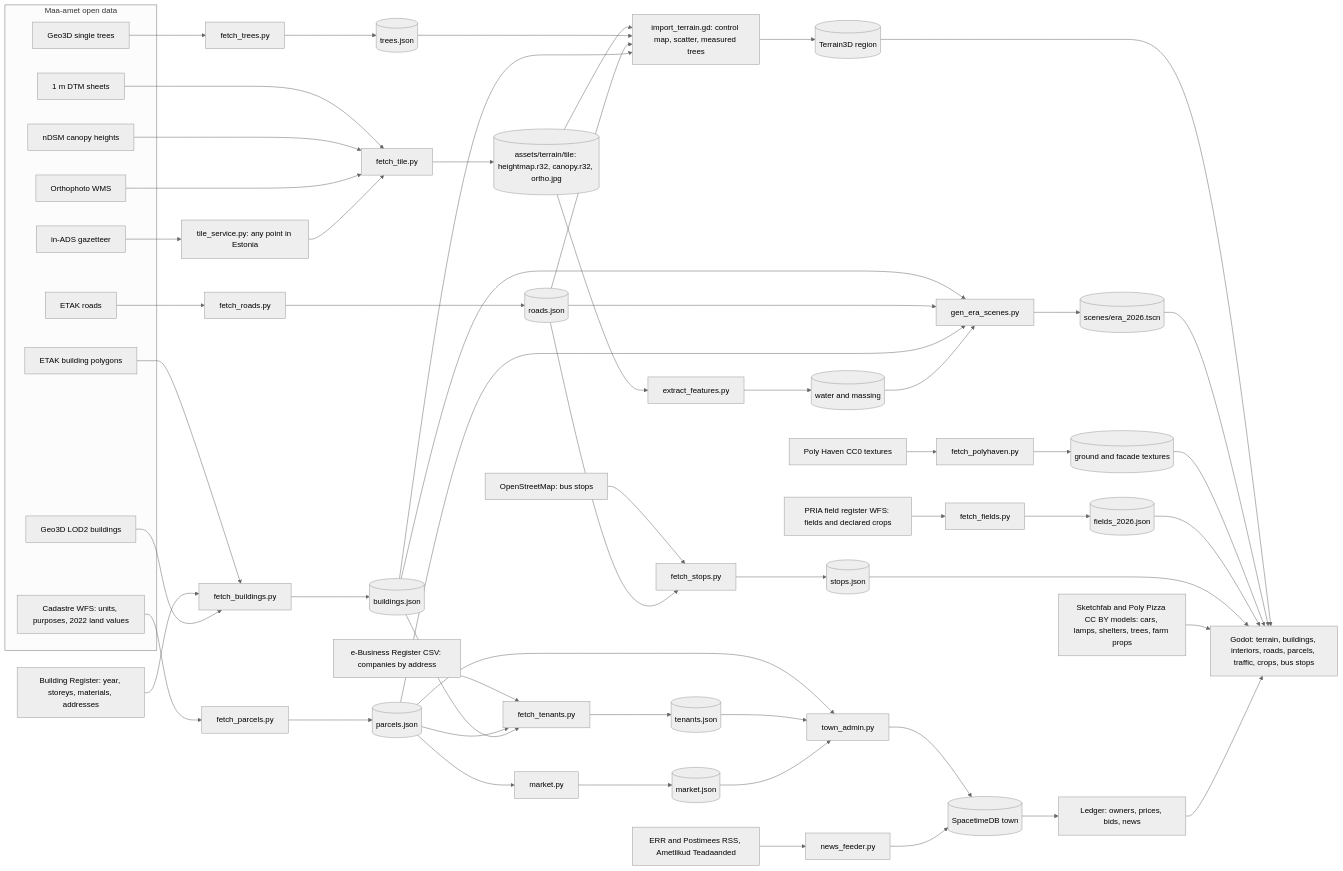
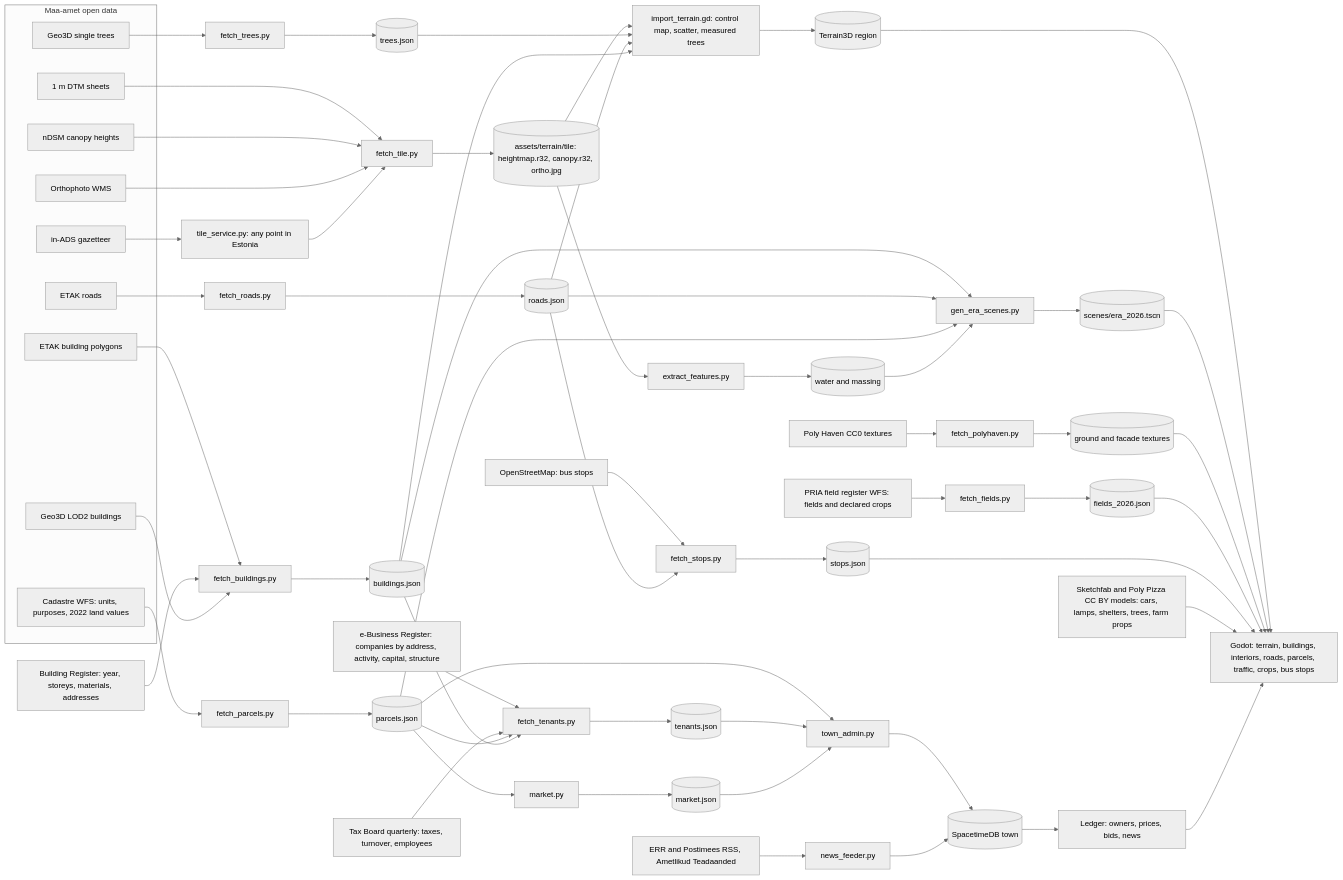
Before and after one commit to livenson/vakuraamat: the diagram in README.md, drawn with Mermaid (neutral theme). The commit also changed 21 other files, not shown here.

````diff
--- a/README.md
+++ b/README.md
@@ -43,42 +43,43 @@
 ```mermaid
 flowchart LR
   subgraph maaamet [Maa-amet open data]
     DTM[1 m DTM sheets]
     NDSM[nDSM canopy heights]
     ORTHO[Orthophoto WMS]
     TREES[Geo3D single trees]
     LOD2[Geo3D LOD2 buildings]
     KAT[Cadastre WFS: units, purposes, 2022 land values]
     ETAKB[ETAK building polygons]
     ETAKR[ETAK roads]
     ADS[in-ADS gazetteer]
   end
   EHR[Building Register: year, storeys, materials, addresses]
-  ARI[e-Business Register CSV: companies by address]
+  ARI[e-Business Register: companies by address, activity, capital, structure]
+  EMTA[Tax Board quarterly: taxes, turnover, employees]
   PRIA[PRIA field register WFS: fields and declared crops]
   OSM[OpenStreetMap: bus stops]
   RSS[ERR and Postimees RSS, Ametlikud Teadaanded]
   PH[Poly Haven CC0 textures]
   SKF[Sketchfab and Poly Pizza CC BY models: cars, lamps, shelters, trees, farm props]
 
   DTM & NDSM & ORTHO --> FT[fetch_tile.py] --> TILE[(assets/terrain/tile: heightmap.r32, canopy.r32, ortho.jpg)]
   TREES --> FTR[fetch_trees.py] --> TJ[(trees.json)]
   ETAKB & EHR & LOD2 --> FB[fetch_buildings.py] --> BJ[(buildings.json)]
   ETAKR --> FR[fetch_roads.py] --> RJ[(roads.json)]
   KAT --> FP[fetch_parcels.py] --> PJ[(parcels.json)] --> MK[market.py] --> MJ[(market.json)]
-  ARI --> FTE[fetch_tenants.py] --> TEJ[(tenants.json)]
+  ARI & EMTA --> FTE[fetch_tenants.py] --> TEJ[(tenants.json)]
   PRIA --> FF[fetch_fields.py] --> FJ[(fields_2026.json)]
   OSM & RJ --> FS[fetch_stops.py] --> SJ[(stops.json)]
   PJ & BJ --> FTE
   TILE --> EF[extract_features.py] --> WJ[(water and massing)]
   PH --> PHF[fetch_polyhaven.py] --> TEX[(ground and facade textures)]
   ADS --> TS[tile_service.py: any point in Estonia] --> FT
 
   TILE & TJ & RJ & BJ --> IMP[import_terrain.gd: control map, scatter, measured trees] --> REG[(Terrain3D region)]
   BJ & RJ & PJ & WJ --> GEN[gen_era_scenes.py] --> SCN[(scenes/era_2026.tscn)]
   PJ & TEJ & MJ --> TA[town_admin.py] --> DB[(SpacetimeDB town)]
   RSS --> NF[news_feeder.py] --> DB
 
   REG & SCN & TEX & FJ & SJ & SKF --> GAME[Godot: terrain, buildings, interiors, roads, parcels, traffic, crops, bus stops]
   DB --> LEDGER[Ledger: owners, prices, bids, news] --> GAME
 ```
````
